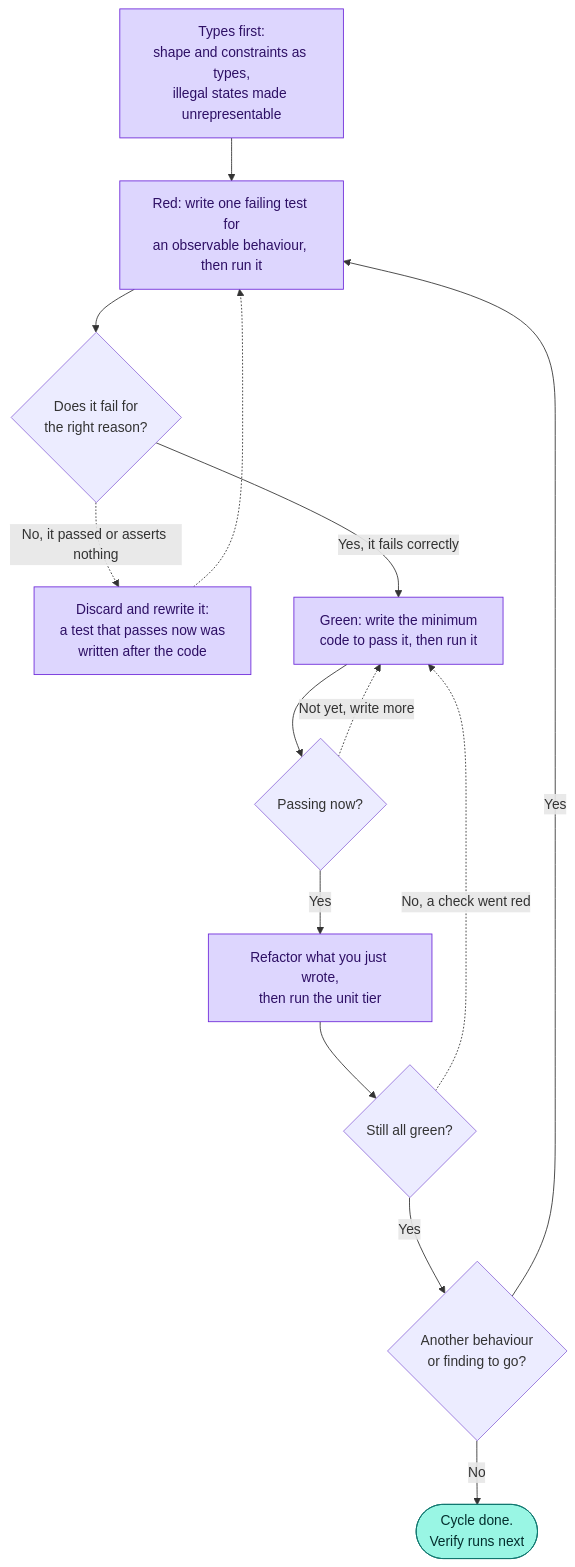
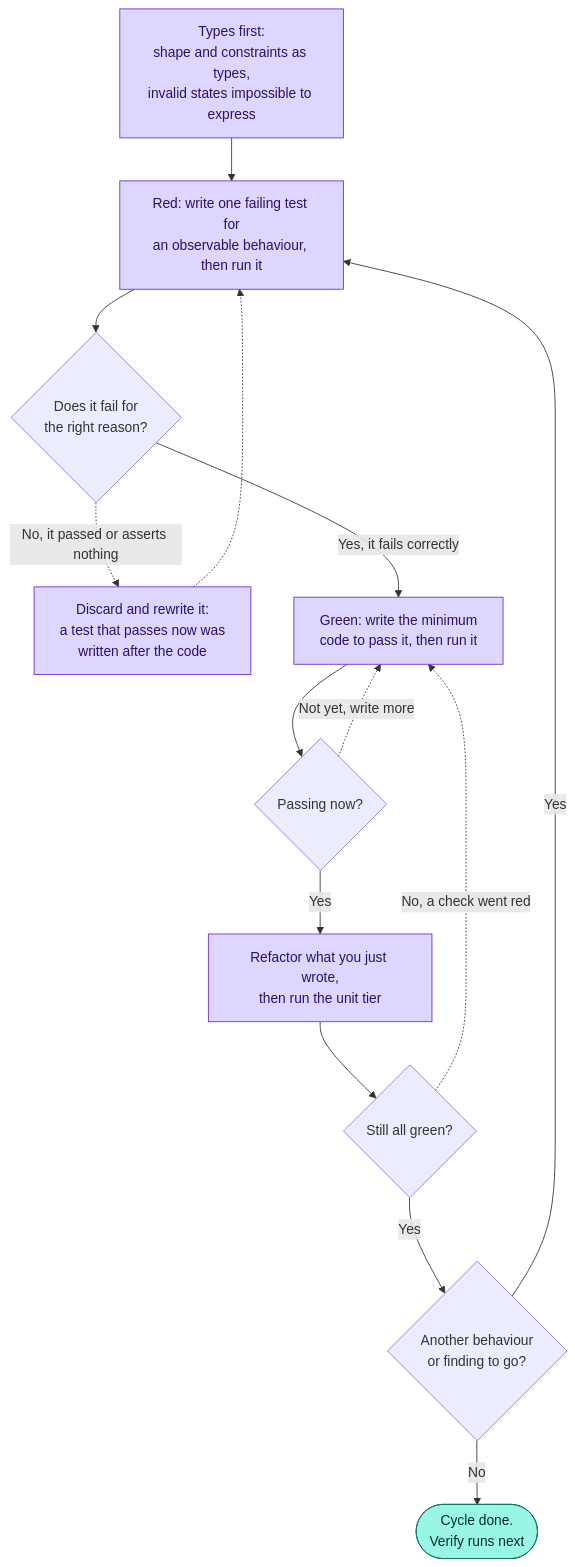
Before and after one commit to dominik-rehse/hone: the fourth of 5 diagrams in docs/model.md, drawn with Mermaid. The commit also changed other lines of this file and 18 other files, not shown here.

````diff
--- a/docs/model.md
+++ b/docs/model.md
@@ -179,31 +181,31 @@
 ```mermaid
 flowchart TD
-    ty["Types first:<br/>shape and constraints as types,<br/>illegal states made unrepresentable"]
+    ty["Types first:<br/>shape and constraints as types,<br/>invalid states impossible to express"]
     red["Red: write one failing test for<br/>an observable behaviour, then run it"]
     q1{"Does it fail for<br/>the right reason?"}
     disc["Discard and rewrite it:<br/>a test that passes now was<br/>written after the code"]
     green["Green: write the minimum<br/>code to pass it, then run it"]
     q2{"Passing now?"}
     refac["Refactor what you just wrote,<br/>then run the unit tier"]
     q3{"Still all green?"}
     more{"Another behaviour<br/>or finding to go?"}
     done(["Cycle done.<br/>Verify runs next"])
 
     ty --> red --> q1
     q1 -.->|"No, it passed or asserts nothing"| disc
     disc -.-> red
     q1 -->|"Yes, it fails correctly"| green
     green --> q2
     q2 -.->|"Not yet, write more"| green
     q2 -->|"Yes"| refac
     refac --> q3
     q3 -.->|"No, a check went red"| green
     q3 -->|"Yes"| more
     more -->|"Yes"| red
     more -->|"No"| done
 
     classDef stochastic fill:#ddd6fe,stroke:#6d28d9,color:#2e1065;
     classDef deterministic fill:#99f6e4,stroke:#0f766e,color:#042f2e;
     class ty,red,green,refac,disc stochastic;
     class done deterministic;
 ```
````
